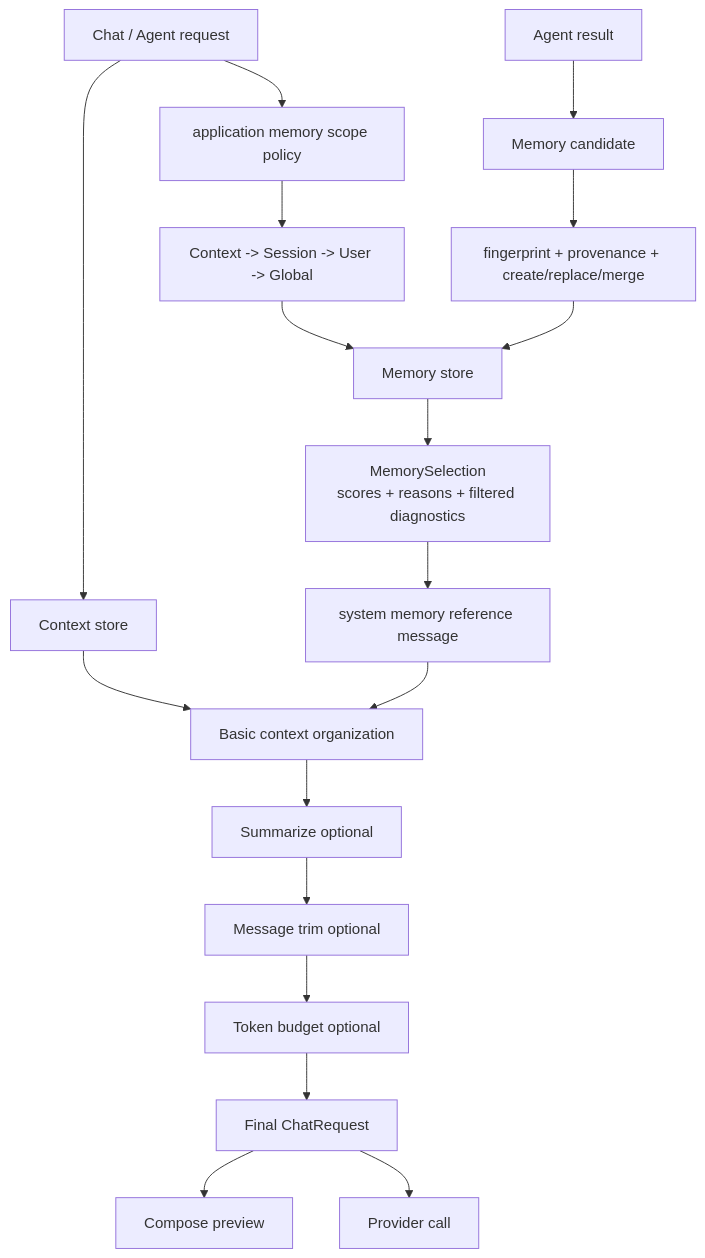
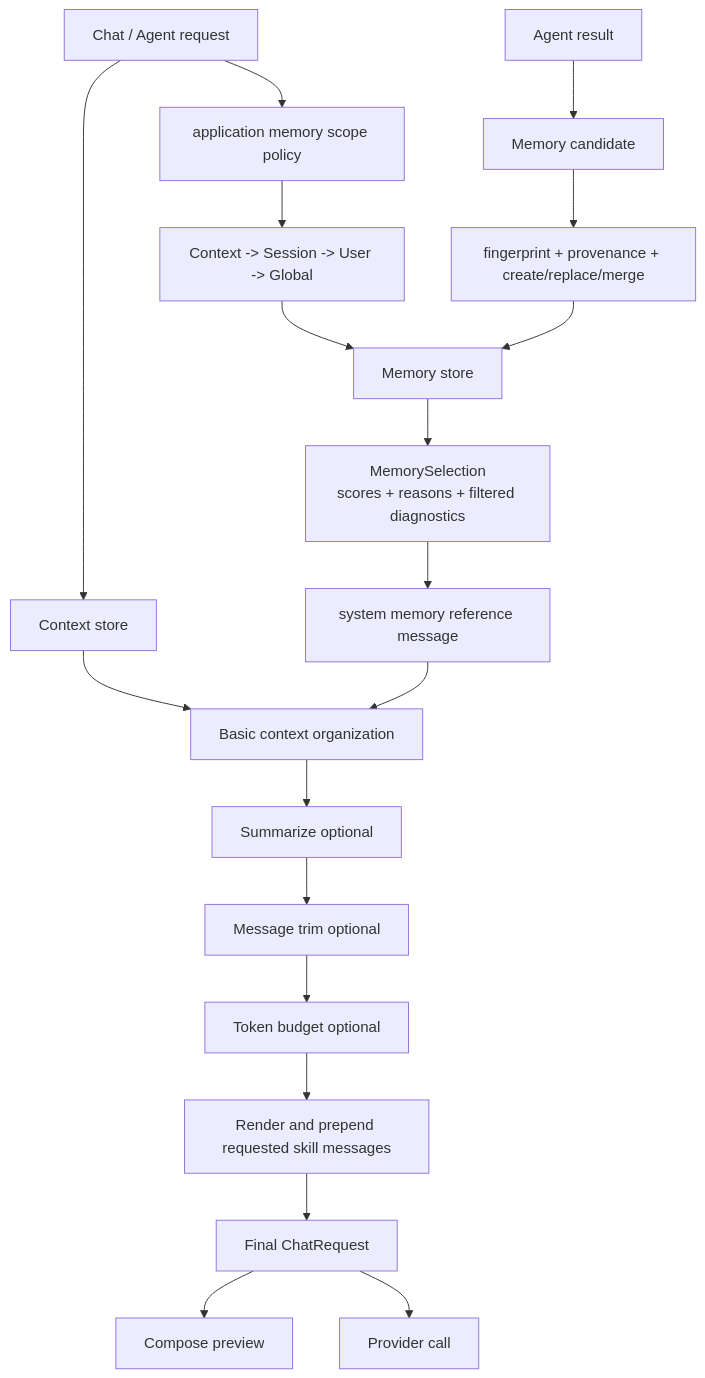
One commit to Evernight275/EvernightAI changed the fourth of 5 diagrams in docs/architecture-dependencies.md. Above: the diagram before and after it, drawn with Mermaid. The commit also changed other lines of this file and 1 other file, not shown here.

Commit message:
docs: align architecture documentation with runtime implementation

````diff
--- a/docs/architecture-dependencies.md
+++ b/docs/architecture-dependencies.md
@@ -182,22 +233,23 @@
 ```mermaid
 flowchart TD
     Request["Chat / Agent request"] --> ScopePolicy["application memory scope policy"]
     ScopePolicy --> ScopeOrder["Context -> Session -> User -> Global"]
     ScopeOrder --> MemoryStore["Memory store"]
     MemoryStore --> Selection["MemorySelection<br/>scores + reasons + filtered diagnostics"]
     Selection --> MemoryMessage["system memory reference message"]
 
     Request --> ContextStore["Context store"]
     ContextStore --> Basic["Basic context organization"]
     MemoryMessage --> Basic
     Basic --> Summary["Summarize optional"]
     Summary --> Trim["Message trim optional"]
     Trim --> Budget["Token budget optional"]
-    Budget --> Final["Final ChatRequest"]
+    Budget --> Skills["Render and prepend requested skill messages"]
+    Skills --> Final["Final ChatRequest"]
     Final --> Preview["Compose preview"]
     Final --> Provider["Provider call"]
 
     AgentResult["Agent result"] --> Candidate["Memory candidate"]
     Candidate --> Governance["fingerprint + provenance + create/replace/merge"]
     Governance --> MemoryStore
 ```
````
